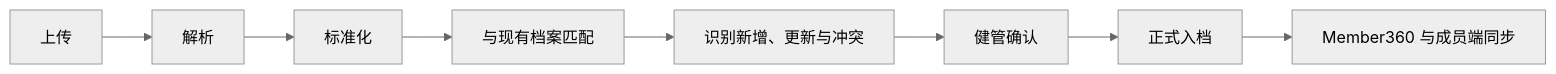
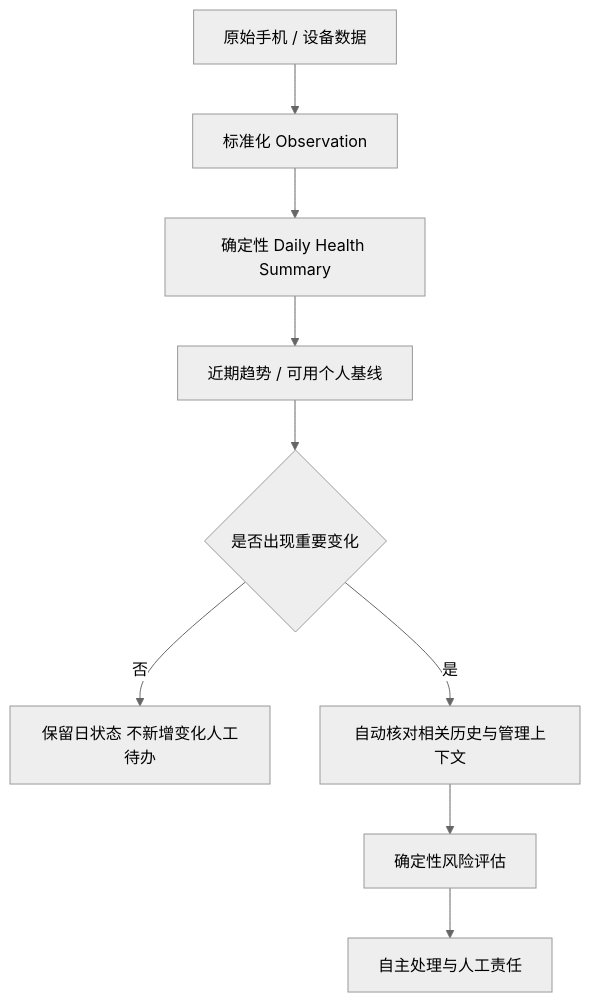
One commit to KaedeharaT/executive-healthops changed the second of 3 diagrams in README_zh.md. Above: the diagram before and after it, drawn with Mermaid (neutral theme). The commit also changed other lines of this file and 2 other files, not shown here.

Commit message:
docs: refresh bilingual README for AI-native HealthOps

````diff
--- a/README_zh.md
+++ b/README_zh.md
@@ -104,10 +73,11 @@
 ```mermaid
-flowchart LR
-    U[上传] --> P[解析]
-    P --> N[标准化]
-    N --> M[与现有档案匹配]
-    M --> C[识别新增、更新与冲突]
-    C --> H[健管确认]
-    H --> W[正式入档]
-    W --> S[Member360 与成员端同步]
+flowchart TD
+    A[原始手机 / 设备数据] --> B[标准化 Observation]
+    B --> C[确定性 Daily Health Summary]
+    C --> D[近期趋势 / 可用个人基线]
+    D --> E{是否出现重要变化}
+    E -->|否| F[保留日状态 不新增变化人工待办]
+    E -->|是| G[自动核对相关历史与管理上下文]
+    G --> H[确定性风险评估]
+    H --> I[自主处理与人工责任]
 ```
````
